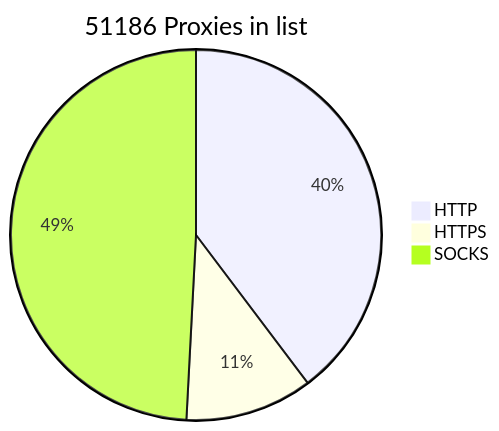
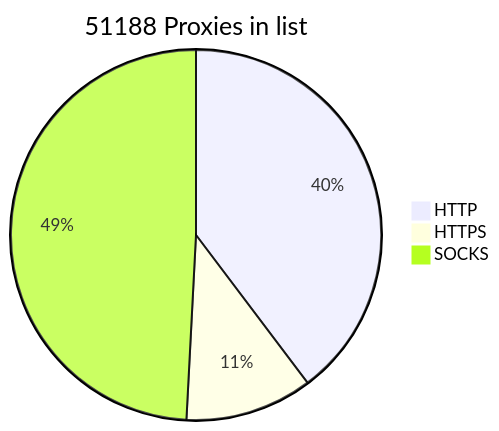
The diagram in README.md (BlackSnowDot/proxylist-update-every-minute), drawn with Mermaid before and after one commit.

````diff
--- a/README.md
+++ b/README.md
@@ -2,6 +2,6 @@
 ```mermaid
-pie title 51186 Proxies in list
+pie title 51188 Proxies in list
     "HTTP" : 22558
     "HTTPS": 6313
-    "SOCKS" : 27933
+    "SOCKS" : 27935
 ```
````
